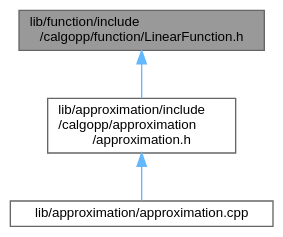
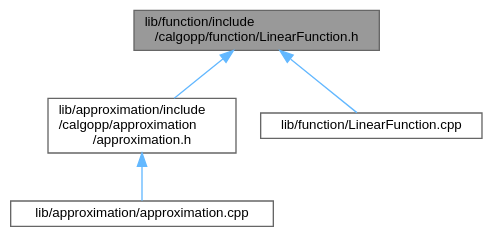
Before and after one commit to pawelekg95/algopp: the diagram in LinearFunction_8h__dep__incl.dot, drawn with Graphviz. The commit also changed 57 other files, not shown here.

```diff
--- a/LinearFunction_8h__dep__incl.dot
+++ b/LinearFunction_8h__dep__incl.dot
@@ -1,12 +1,14 @@
 digraph "lib/function/include/calgopp/function/LinearFunction.h"
 {
  // LATEX_PDF_SIZE
   bgcolor="transparent";
   edge [fontname=Helvetica,fontsize=10,labelfontname=Helvetica,labelfontsize=10];
   node [fontname=Helvetica,fontsize=10,shape=box,height=0.2,width=0.4];
   Node1 [label="lib/function/include\l/calgopp/function/LinearFunction.h",height=0.2,width=0.4,color="gray40", fillcolor="grey60", style="filled", fontcolor="black",tooltip=" "];
   Node1 -> Node2 [dir="back",color="steelblue1",style="solid"];
   Node2 [label="lib/approximation/include\l/calgopp/approximation\l/approximation.h",height=0.2,width=0.4,color="grey40", fillcolor="white", style="filled",URL="$approximation_8h.html",tooltip=" "];
   Node2 -> Node3 [dir="back",color="steelblue1",style="solid"];
   Node3 [label="lib/approximation/approximation.cpp",height=0.2,width=0.4,color="grey40", fillcolor="white", style="filled",URL="$approximation_8cpp.html",tooltip=" "];
+  Node1 -> Node4 [dir="back",color="steelblue1",style="solid"];
+  Node4 [label="lib/function/LinearFunction.cpp",height=0.2,width=0.4,color="grey40", fillcolor="white", style="filled",URL="$LinearFunction_8cpp.html",tooltip=" "];
 }
```
